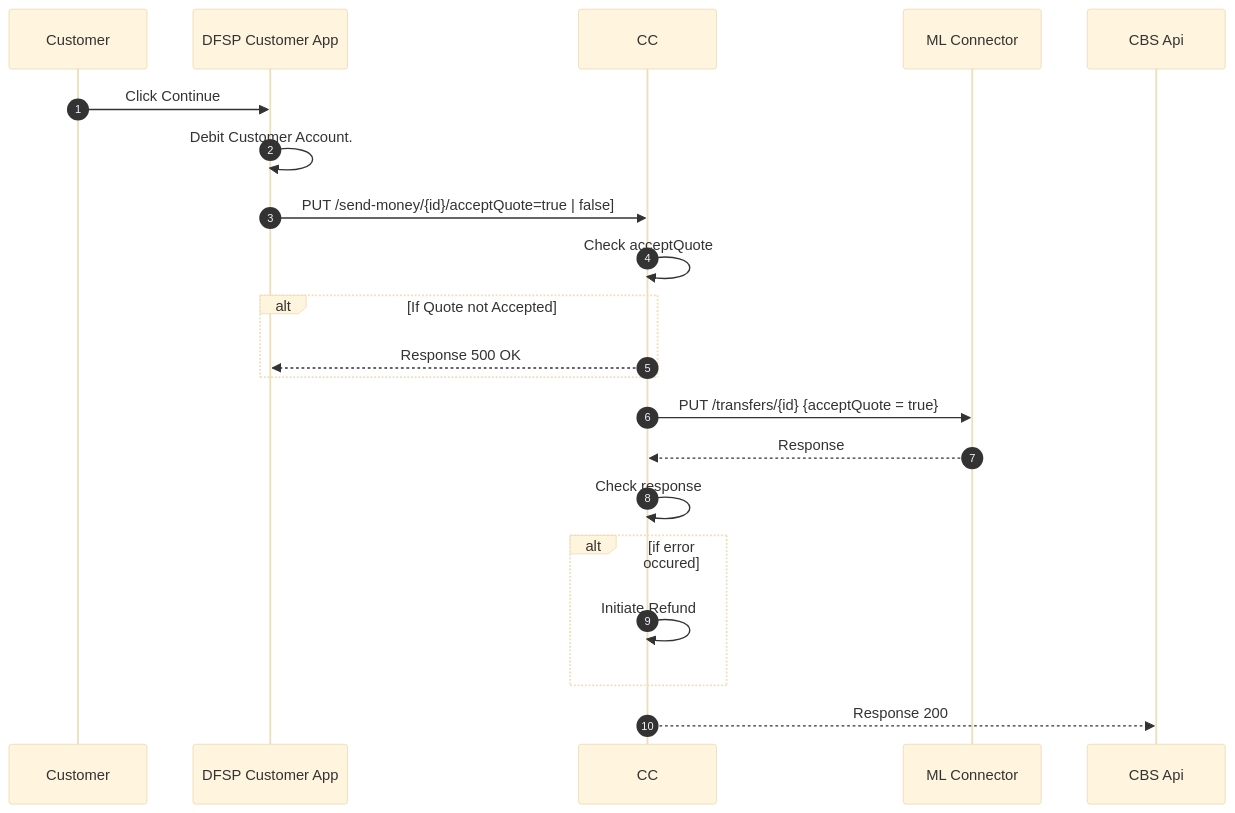
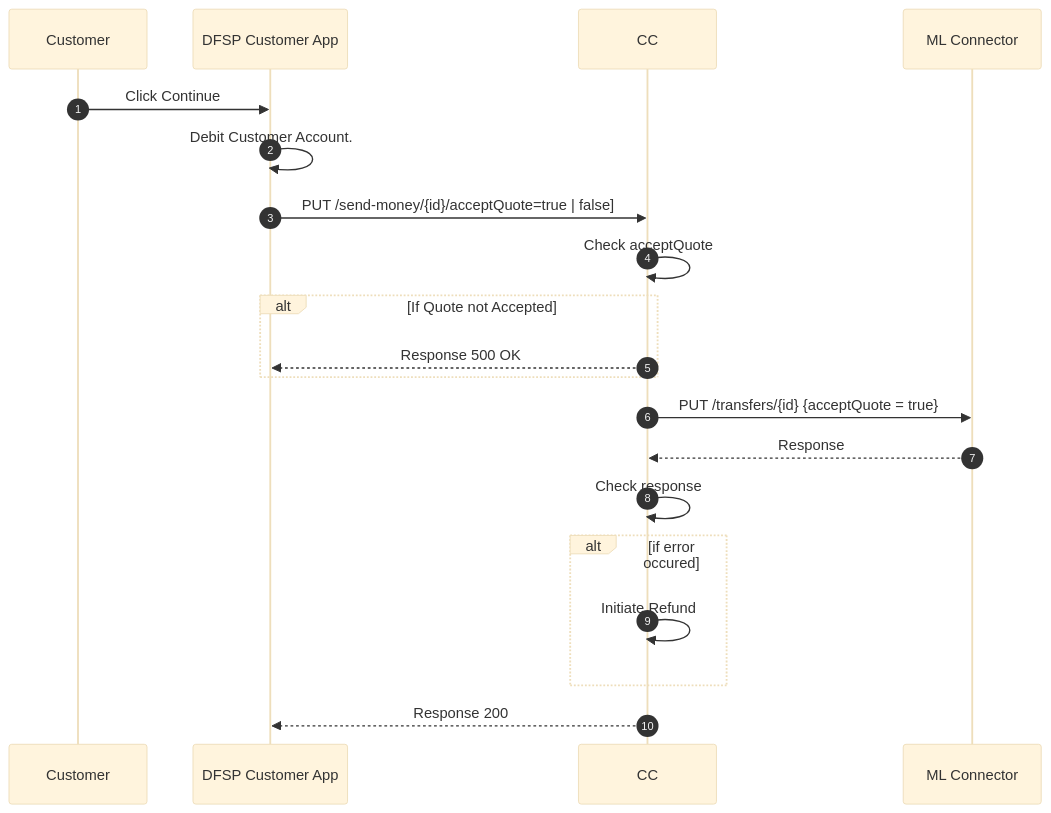
The diagram in national-bank-mw-core-connector/docs/payer-update-send-money.md (mojaloop/ml-reference-connectors), drawn with Mermaid (base theme) before and after one commit.

````diff
--- a/national-bank-mw-core-connector/docs/payer-update-send-money.md
+++ b/national-bank-mw-core-connector/docs/payer-update-send-money.md
@@ -13,18 +13,18 @@
 ```mermaid
 sequenceDiagram
   autoNumber
   Customer ->> DFSP Customer App: Click Continue
   DFSP Customer App->> DFSP Customer App: Debit Customer Account.
   DFSP Customer App->>CC: PUT /send-money/{id}/acceptQuote=true | false]
   CC->>CC: Check acceptQuote
   Alt If Quote not Accepted
   CC-->>DFSP Customer App: Response 500 OK
   End
   CC->>ML Connector:PUT  /transfers/{id} {acceptQuote = true}
   ML Connector-->>CC: Response
   CC->>CC: Check response
   Alt if error occured
   CC->>CC: Initiate Refund 
   End
-  CC-->> CBS Api: Response 200
+  CC-->> DFSP Customer App: Response 200
 ```
````
